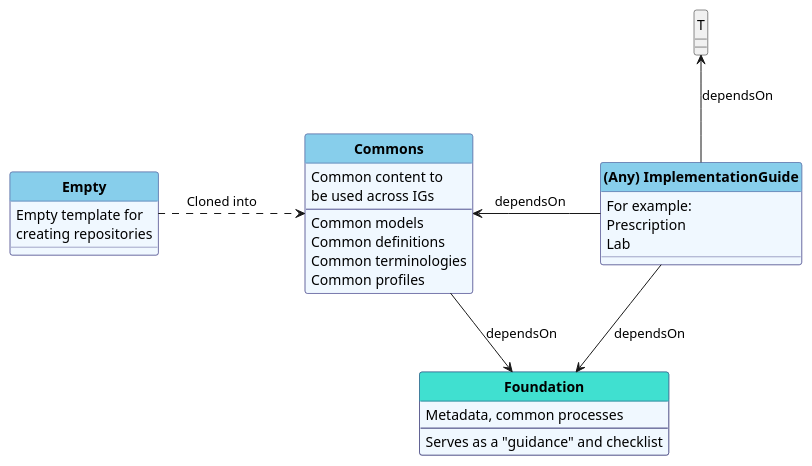
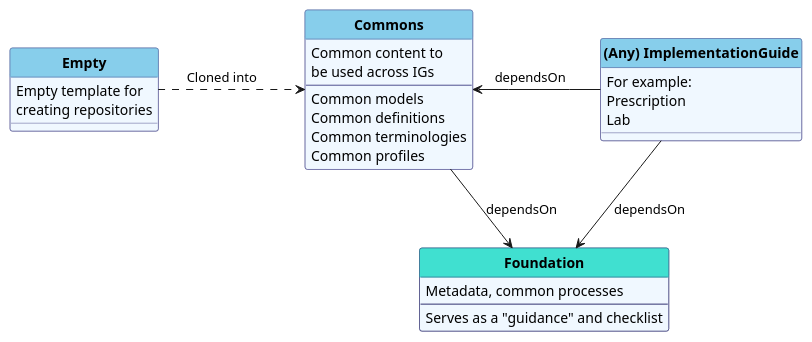
The diagram in input/images-source/ig_setup.plantuml (Xt-EHR/xt-ehr-metadata), drawn with PlantUML before and after one commit.

```diff
--- a/input/images-source/ig_setup.plantuml
+++ b/input/images-source/ig_setup.plantuml
@@ -1,99 +1,99 @@
 @startuml
 'skinparam linetype ortho
 skinparam linetype polyline
 hide circle
 hide stereotype
 
 '!pragma layout smetana
 
 skinparam class<<MD>> {
  BorderColor DarkSlateGray
  BackgroundColor WhiteSmoke
  HeaderBackgroundColor #909090
 }
 
 skinparam class<<TM>> {
  BorderColor #505090
  BackgroundColor AliceBlue
  HeaderBackgroundColor SkyBlue
 }
 
 
 skinparam class<<TM+>> {
  BorderColor #303070  
  BackgroundColor AliceBlue
  HeaderBackgroundColor Turquoise 
 }
 
 
     class "**Foundation**" as Base<<TM+>> {
         Metadata, common processes
         --
         Serves as a "guidance" and checklist
     }
 
 
     class "**Commons**" as CE<<TM>> {
         Common content to 
  be used across IGs
 --
    Common models
    Common definitions
    Common terminologies
    Common profiles
     }
 
 
     class "**Empty**" as E<<TM>> {
         Empty template for 
 creating repositories
     }
 
 
     class "**(Any) ImplementationGuide**" as IG<<TM>> {
     For example:
     Prescription
     Lab
     }
 
 
 
     ' class "**PublicationRepo**" as Pub<<MD>> {
     '   Webroot content repository
     '   for published releases (html)
     '   --
     ' }
 
 
 ' We con't want IGs to define on StarterKit
 ' Common contains instances of SGPersona
 
 
 
 'T  .d[hidden].> CE
 E  .r.> CE: "   Cloned into         "
 'E  .u.> T: "   Cloned into         "
 
 
 
 'E  .r.> IG: "Cloned into"
 'E .r.> Base: "Cloned into"
 CE --> Base: "dependsOn"
 IG --> Base: "dependsOn"
-IG -u-> T: "dependsOn"
+'IG -u-> T: "dependsOn"
 'IG .r.> Pub : "                "
 'T -d[hidden]-> IG : "           "
 CE <-r- IG : " dependsOn     "
 
 
 
 
 
 'C -u-> Core 
 
 
 'IG  <.. CE: "   Cloned into         "
 
 
 
 @enduml
```
